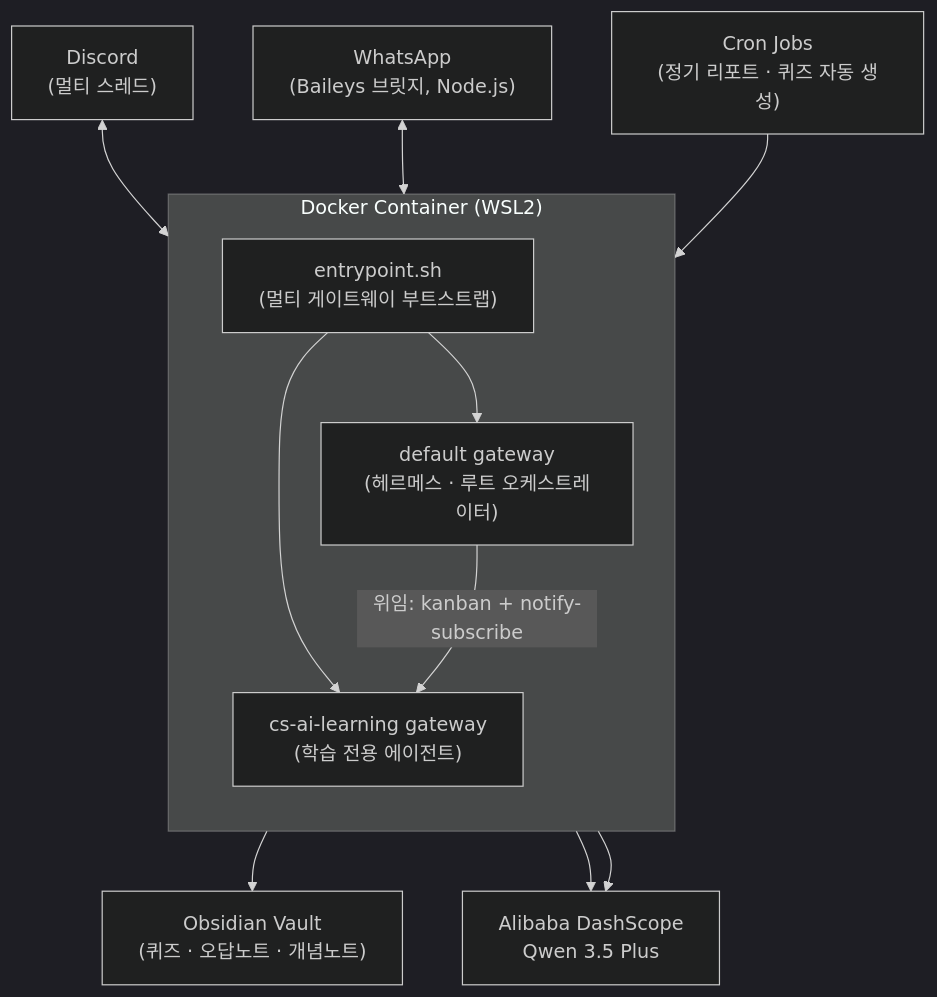
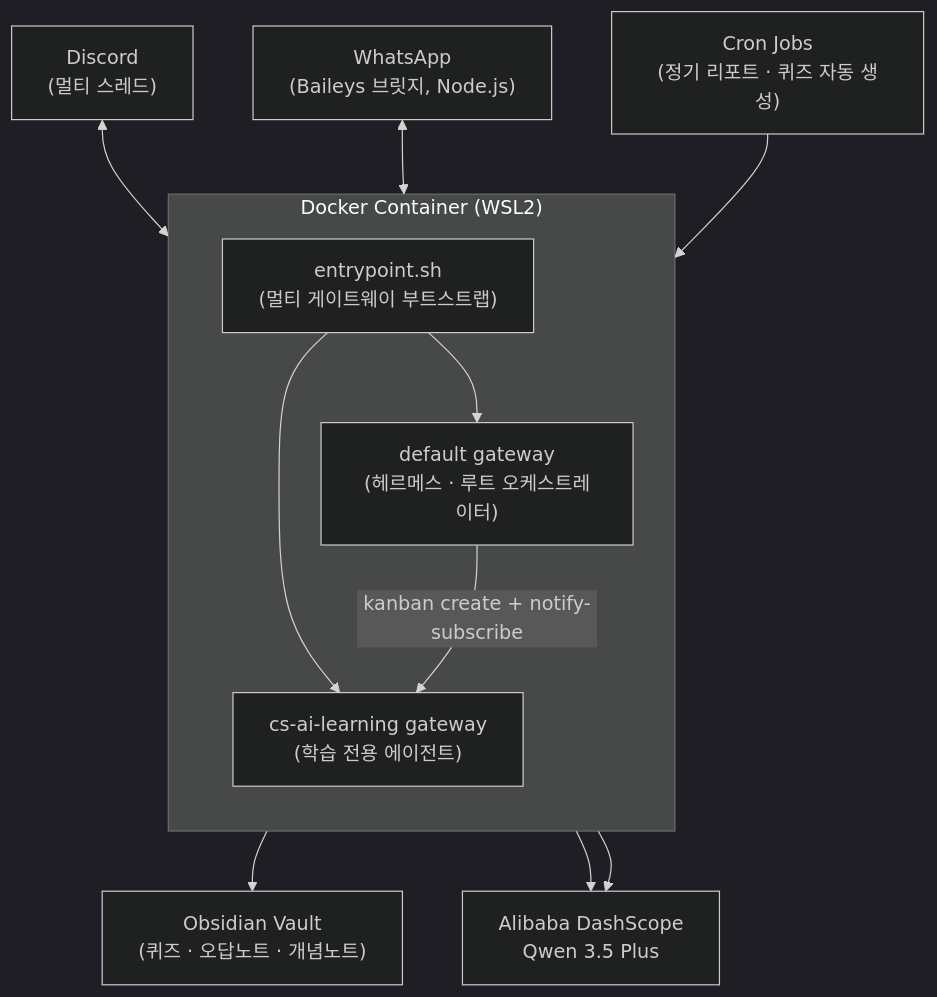
One commit to SeoHana0825/Agent-portfolio changed the diagram in README.md. Above: the diagram before and after it, drawn with Mermaid (dark theme). The commit also changed other lines of this file, not shown here.

````diff
--- a/README.md
+++ b/README.md
@@ -27,25 +42,25 @@
 ```mermaid
 flowchart TB
     subgraph Docker["Docker Container (WSL2)"]
         direction TB
         Entry["entrypoint.sh<br/>(멀티 게이트웨이 부트스트랩)"]
         Root["default gateway<br/>(헤르메스 · 루트 오케스트레이터)"]
         CS["cs-ai-learning gateway<br/>(학습 전용 에이전트)"]
         Entry --> Root
         Entry --> CS
     end
 
     Discord["Discord<br/>(멀티 스레드)"]
     WhatsApp["WhatsApp<br/>(Baileys 브릿지, Node.js)"]
     Cron["Cron Jobs<br/>(정기 리포트 · 퀴즈 자동 생성)"]
     Obsidian["Obsidian Vault<br/>(퀴즈 · 오답노트 · 개념노트)"]
     LLM["Alibaba DashScope<br/>Qwen 3.5 Plus"]
 
     Discord <--> Root
     WhatsApp <--> Root
     Cron --> Root
-    Root -- "위임: kanban + notify-subscribe" --> CS
+    Root -- "kanban create + notify-subscribe" --> CS
     CS --> Obsidian
     Root --> LLM
     CS --> LLM
 ```
````
